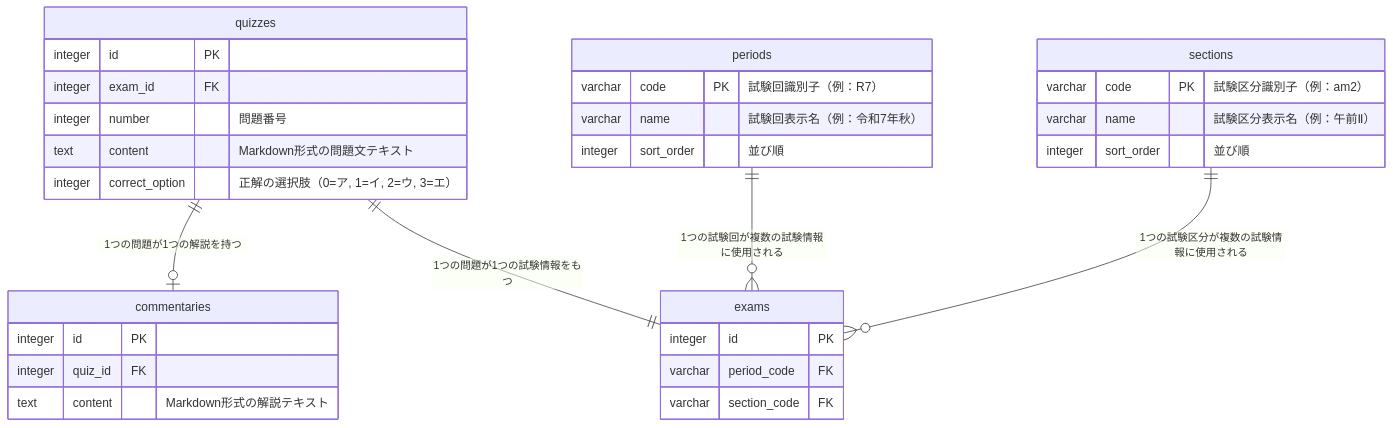
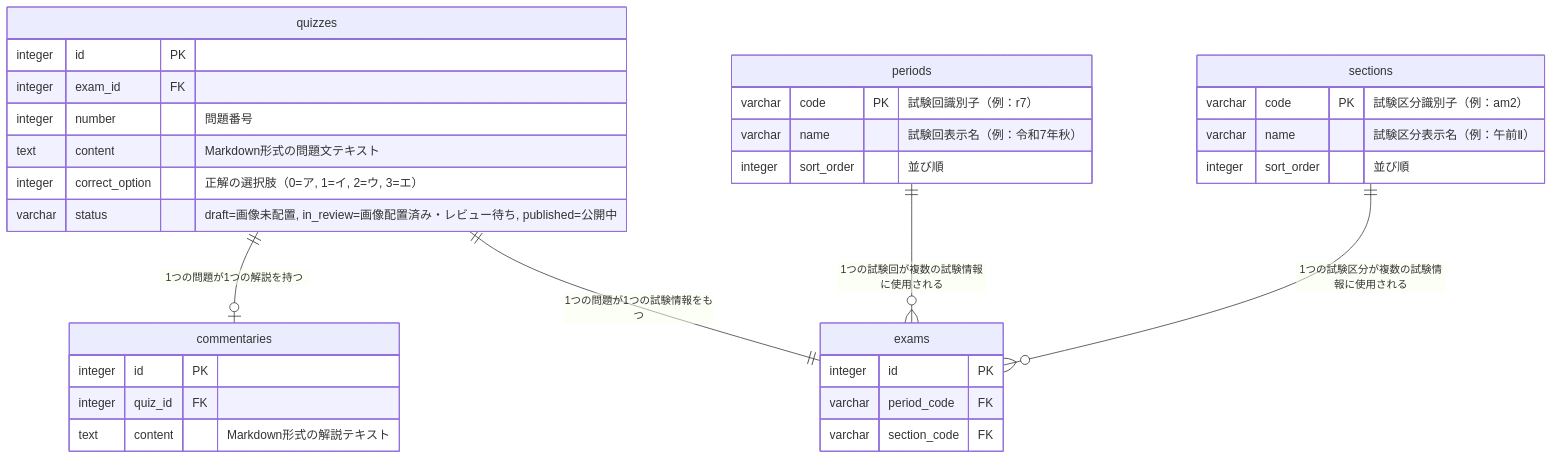
One commit to yutomoritajp/kakomon changed the diagram in docs/v0/s2_basic_design.md. Above: the diagram before and after it, drawn with Mermaid. The commit also changed 3 other files, not shown here.

````diff
--- a/docs/v0/s2_basic_design.md
+++ b/docs/v0/s2_basic_design.md
@@ -87,39 +87,40 @@
 ``` mermaid
 erDiagram
   quizzes ||--o| commentaries : "1つの問題が1つの解説を持つ"
   quizzes ||--|| exams: "1つの問題が1つの試験情報をもつ"
   periods ||--o{ exams: "1つの試験回が複数の試験情報に使用される"
   sections ||--o{ exams: "1つの試験区分が複数の試験情報に使用される"
 
 quizzes {
     integer id PK
     integer exam_id FK
     integer number "問題番号"
     text content "Markdown形式の問題文テキスト"
     integer correct_option "正解の選択肢（0=ア, 1=イ, 2=ウ, 3=エ）"
+    varchar status "draft=画像未配置, in_review=画像配置済み・レビュー待ち, published=公開中"
 }
 
 exams {
     integer id PK
     varchar period_code FK
     varchar section_code FK
 }
 
 periods {
-    varchar code PK "試験回識別子（例：R7）"
+    varchar code PK "試験回識別子（例：r7）"
     varchar name "試験回表示名（例：令和7年秋）"
     integer sort_order "並び順"
 }
 
 sections {
     varchar code PK "試験区分識別子（例：am2）"
     varchar name "試験区分表示名（例：午前Ⅱ）"
     integer sort_order "並び順"
 }
 
 commentaries {
     integer id PK
     integer quiz_id FK
     text content "Markdown形式の解説テキスト"
 }
 ```
````
